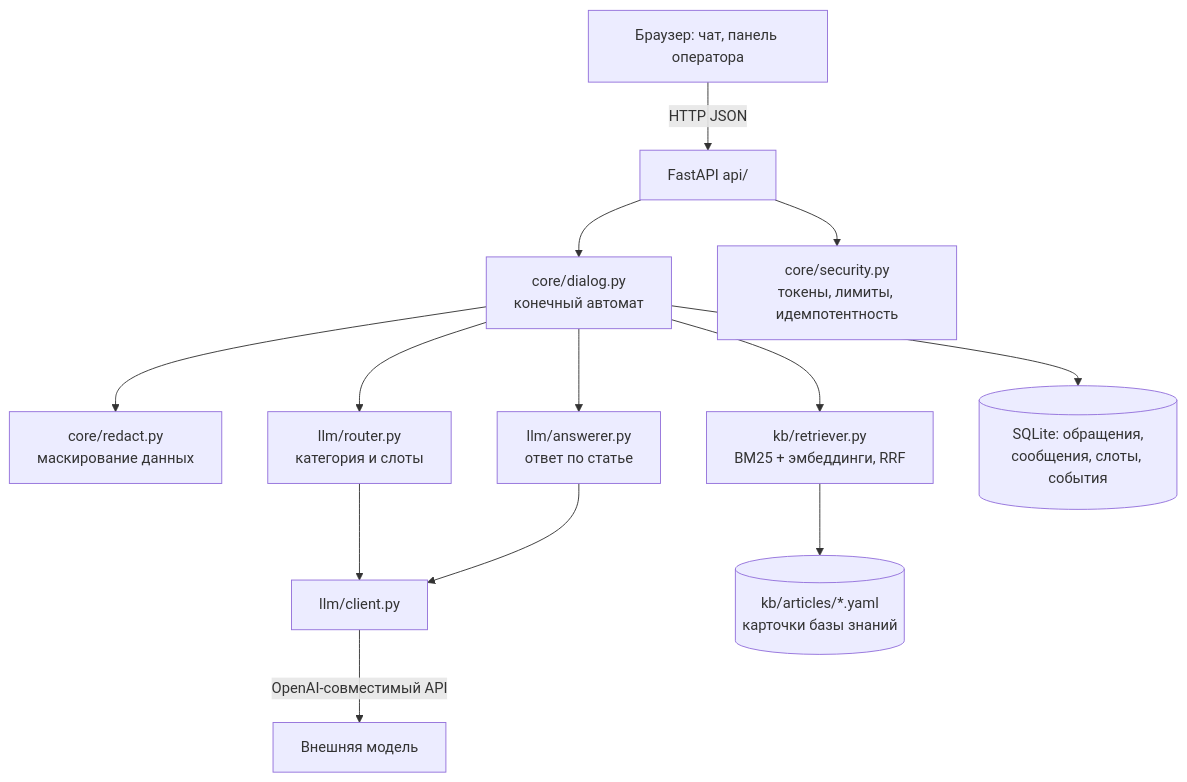
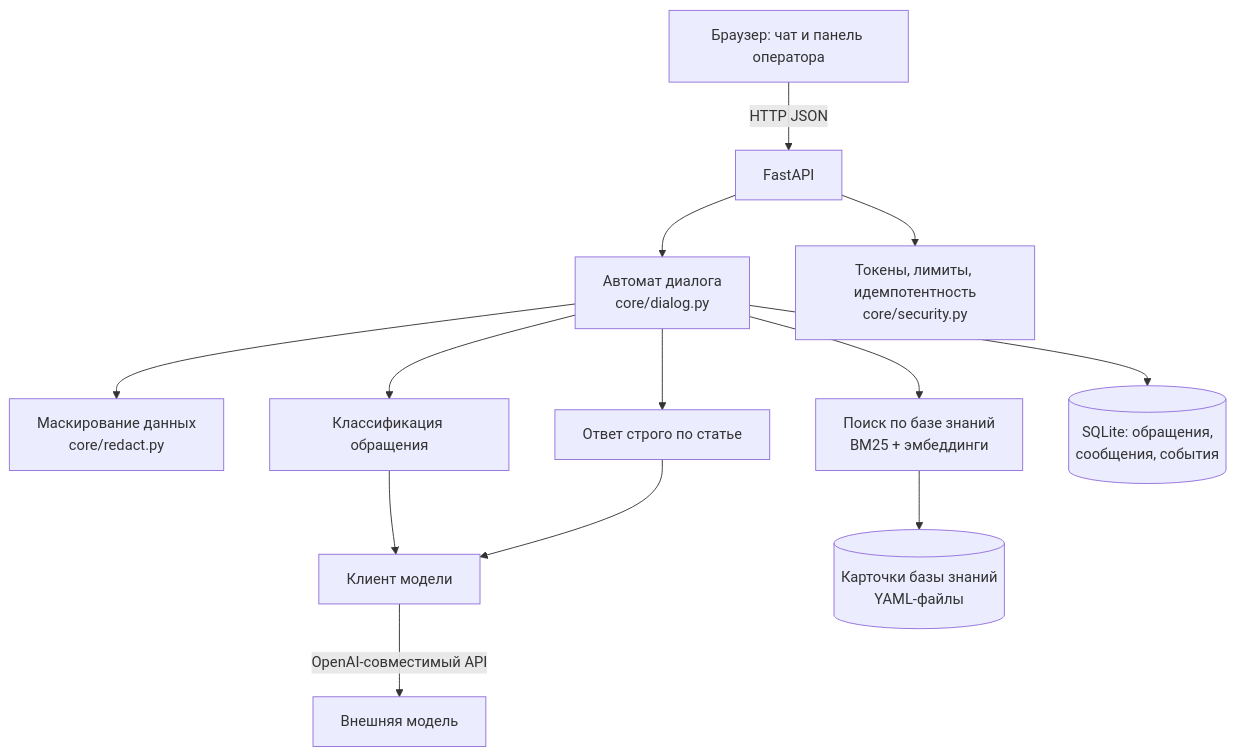
Before and after one commit to KYBOEB/helpme: the diagram in README.md, drawn with Mermaid. The commit also changed other lines of this file and 8 other files, not shown here.

````diff
--- a/README.md
+++ b/README.md
@@ -104,15 +121,15 @@
 ```mermaid
 flowchart TD
-    U[Браузер: чат, панель оператора] -->|HTTP JSON| API[FastAPI api/]
-    API --> D[core/dialog.py<br/>конечный автомат]
-    API --> S[core/security.py<br/>токены, лимиты, идемпотентность]
-    D --> R[core/redact.py<br/>маскирование данных]
-    D --> KB[kb/retriever.py<br/>BM25 + эмбеддинги, RRF]
-    D --> L1[llm/router.py<br/>категория и слоты]
-    D --> L2[llm/answerer.py<br/>ответ по статье]
-    L1 --> C[llm/client.py]
+    U[Браузер: чат и панель оператора] -->|HTTP JSON| API[FastAPI]
+    API --> D[Автомат диалога<br/>core/dialog.py]
+    API --> S[Токены, лимиты, идемпотентность<br/>core/security.py]
+    D --> R[Маскирование данных<br/>core/redact.py]
+    D --> KB[Поиск по базе знаний<br/>BM25 + эмбеддинги]
+    D --> L1[Классификация обращения]
+    D --> L2[Ответ строго по статье]
+    L1 --> C[Клиент модели]
     L2 --> C
     C -->|OpenAI-совместимый API| EXT[Внешняя модель]
-    KB --> Y[(kb/articles/*.yaml<br/>карточки базы знаний)]
-    D --> DB[(SQLite: обращения,<br/>сообщения, слоты, события)]
+    KB --> Y[(Карточки базы знаний<br/>YAML-файлы)]
+    D --> DB[(SQLite: обращения,<br/>сообщения, события)]
 ```
````
